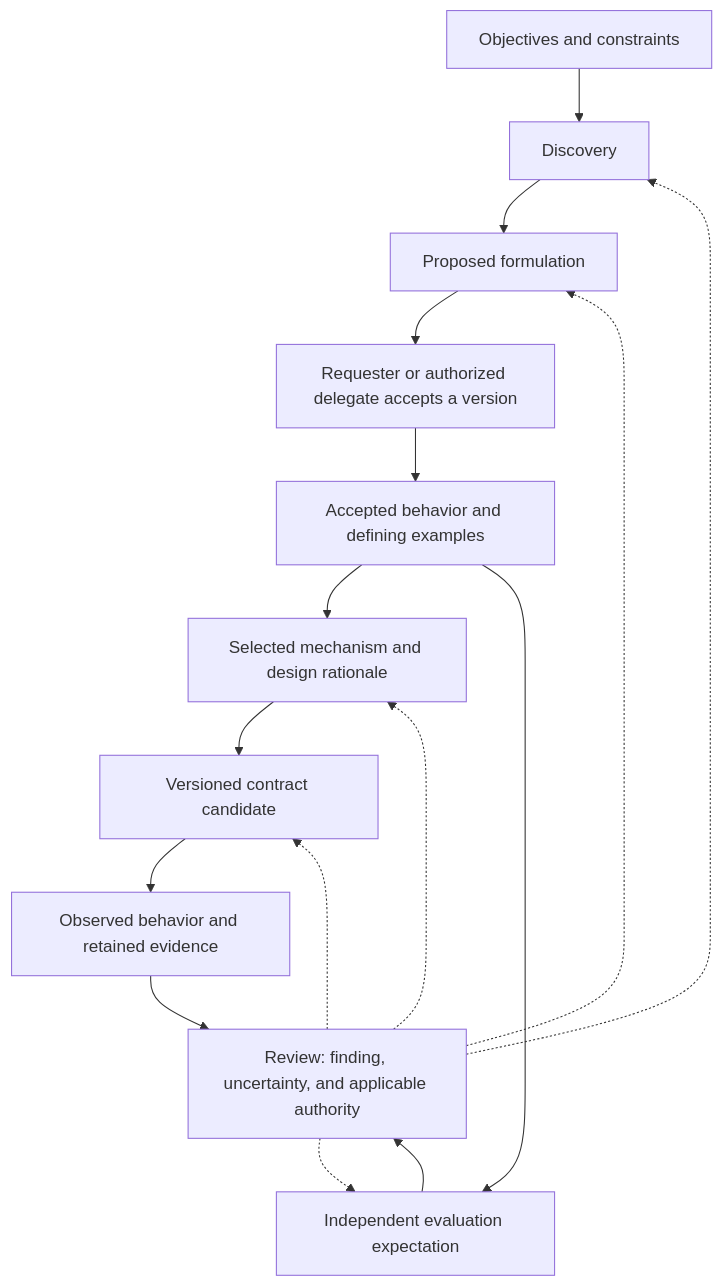
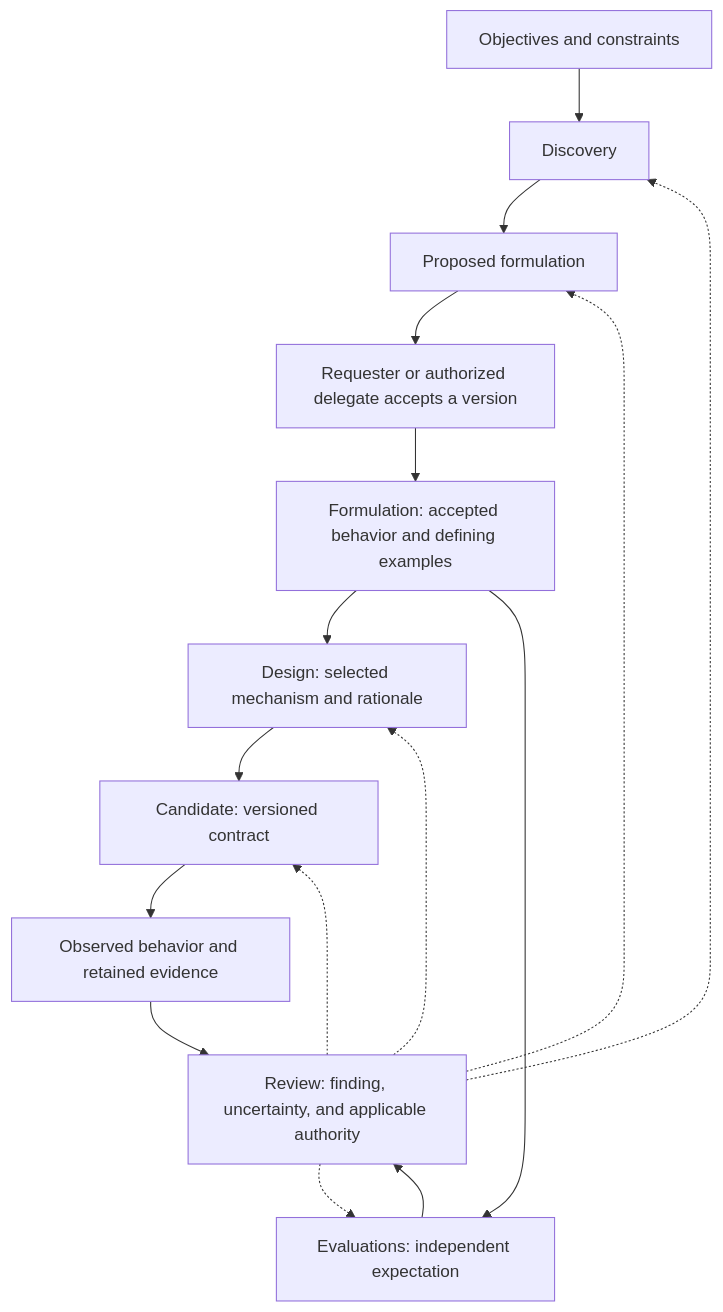
One commit to indisoluble/AGENTS-spec changed the diagram in docs/authority-and-change.md. Above: the diagram before and after it, drawn with Mermaid. The commit also changed other lines of this file and 160 other files, not shown here.

````diff
--- a/docs/authority-and-change.md
+++ b/docs/authority-and-change.md
@@ -55,18 +55,18 @@
 ```mermaid
 flowchart TD
     O["Objectives and constraints"] --> D["Discovery"]
     D --> P["Proposed formulation"]
     P --> H["Requester or authorized delegate accepts a version"]
-    H --> R["Accepted behavior and defining examples"]
-    R --> M["Selected mechanism and design rationale"]
-    R --> E["Independent evaluation expectation"]
-    M --> C["Versioned contract candidate"]
+    H --> R["Formulation: accepted behavior and defining examples"]
+    R --> M["Design: selected mechanism and rationale"]
+    R --> E["Evaluations: independent expectation"]
+    M --> C["Candidate: versioned contract"]
     C --> X["Observed behavior and retained evidence"]
     X --> V["Review: finding, uncertainty, and applicable authority"]
     E --> V
     V -.-> D
     V -.-> P
     V -.-> M
     V -.-> C
     V -.-> E
 ```
````
